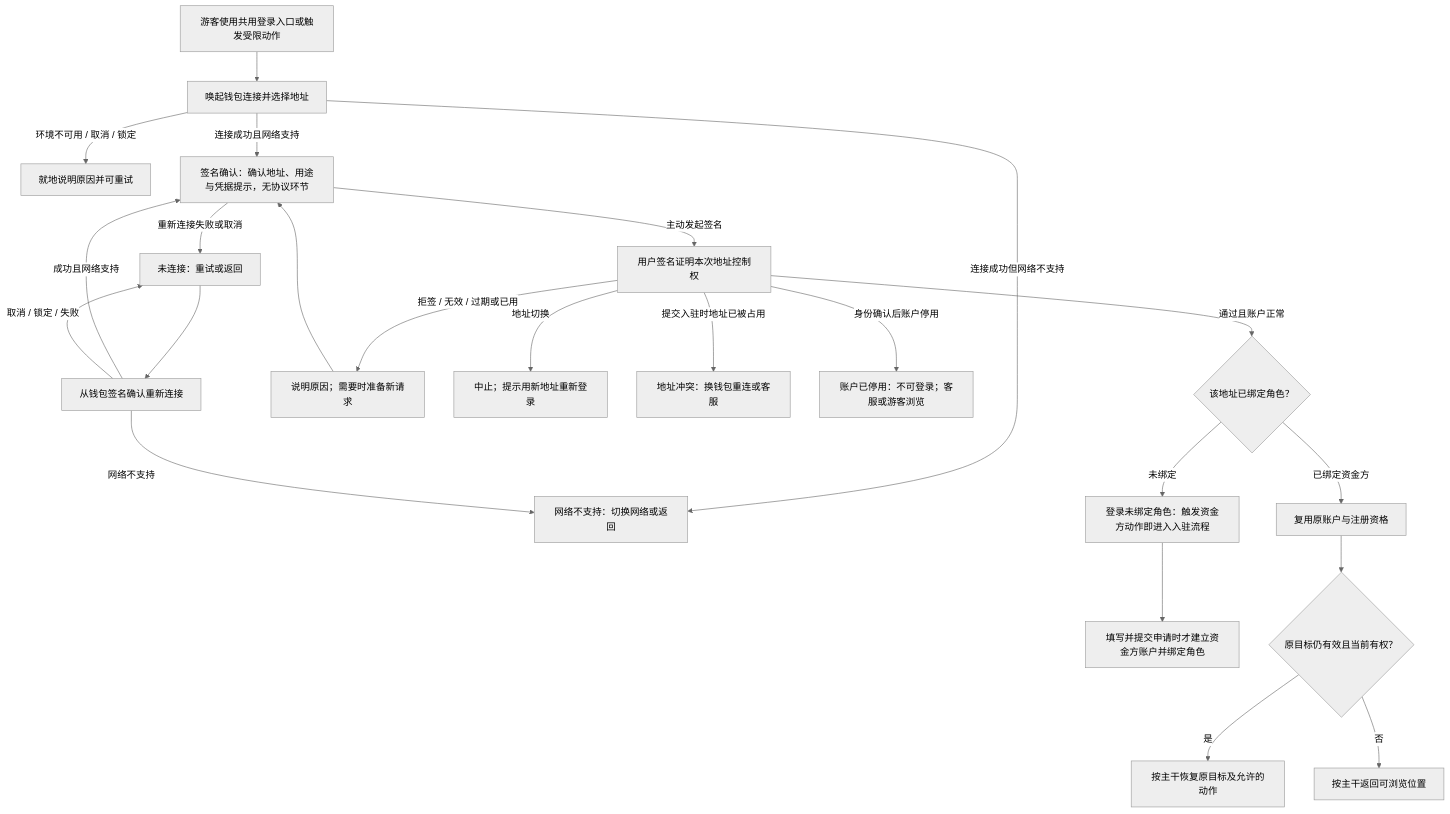
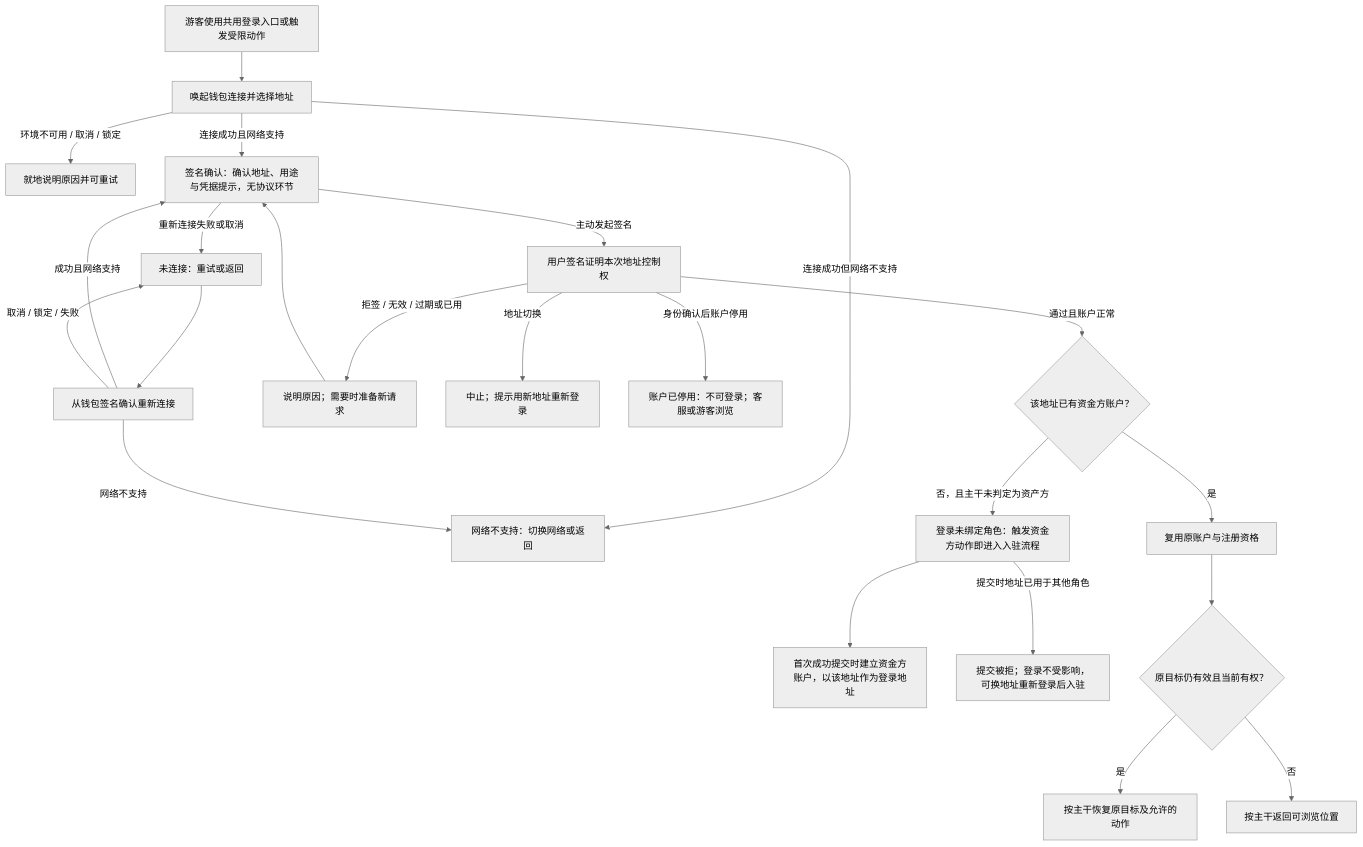
Before and after one commit to wxblockchain/Chain-Financing: the first of 9 diagrams in lending-platform/PRD/面客端/02-资金方登录与账户体系/02-资金方登录与账户体系-流程图与状态机.md, drawn with Mermaid (neutral theme). The commit also changed other lines of this file and 11 other files, not shown here.

````diff
--- a/lending-platform/PRD/面客端/02-资金方登录与账户体系/02-资金方登录与账户体系-流程图与状态机.md
+++ b/lending-platform/PRD/面客端/02-资金方登录与账户体系/02-资金方登录与账户体系-流程图与状态机.md
@@ -14,25 +14,25 @@
 ```mermaid
 flowchart TD
     A[游客使用共用登录入口或触发受限动作] --> B[唤起钱包连接并选择地址]
     B -->|环境不可用 / 取消 / 锁定| C[就地说明原因并可重试]
     B -->|连接成功但网络不支持| D[网络不支持：切换网络或返回]
     B -->|连接成功且网络支持| E[签名确认：确认地址、用途与凭据提示，无协议环节]
     E -->|重新连接失败或取消| F[未连接：重试或返回]
     F --> R[从钱包签名确认重新连接]
     R -->|成功且网络支持| E
     R -->|取消 / 锁定 / 失败| F
     R -->|网络不支持| D
     E -->|主动发起签名| G[用户签名证明本次地址控制权]
     G -->|拒签 / 无效 / 过期或已用| H[说明原因；需要时准备新请求]
     H --> E
     G -->|地址切换| I[中止；提示用新地址重新登录]
-    G -->|提交入驻时地址已被占用| J[地址冲突：换钱包重连或客服]
     G -->|身份确认后账户停用| K[账户已停用：不可登录；客服或游客浏览]
-    G -->|通过且账户正常| L{该地址已绑定角色？}
-    L -->|未绑定| M[登录未绑定角色：触发资金方动作即进入入驻流程]
-    M --> N[填写并提交申请时才建立资金方账户并绑定角色]
-    L -->|已绑定资金方| O[复用原账户与注册资格]
+    G -->|通过且账户正常| L{该地址已有资金方账户？}
+    L -->|否，且主干未判定为资产方| M[登录未绑定角色：触发资金方动作即进入入驻流程]
+    M --> N[首次成功提交时建立资金方账户，以该地址作为登录地址]
+    M -->|提交时地址已用于其他角色| J[提交被拒；登录不受影响，可换地址重新登录后入驻]
+    L -->|是| O[复用原账户与注册资格]
     O --> P{原目标仍有效且当前有权？}
     P -->|是| Q[按主干恢复原目标及允许的动作]
     P -->|否| Z[按主干返回可浏览位置]
 ```
````
